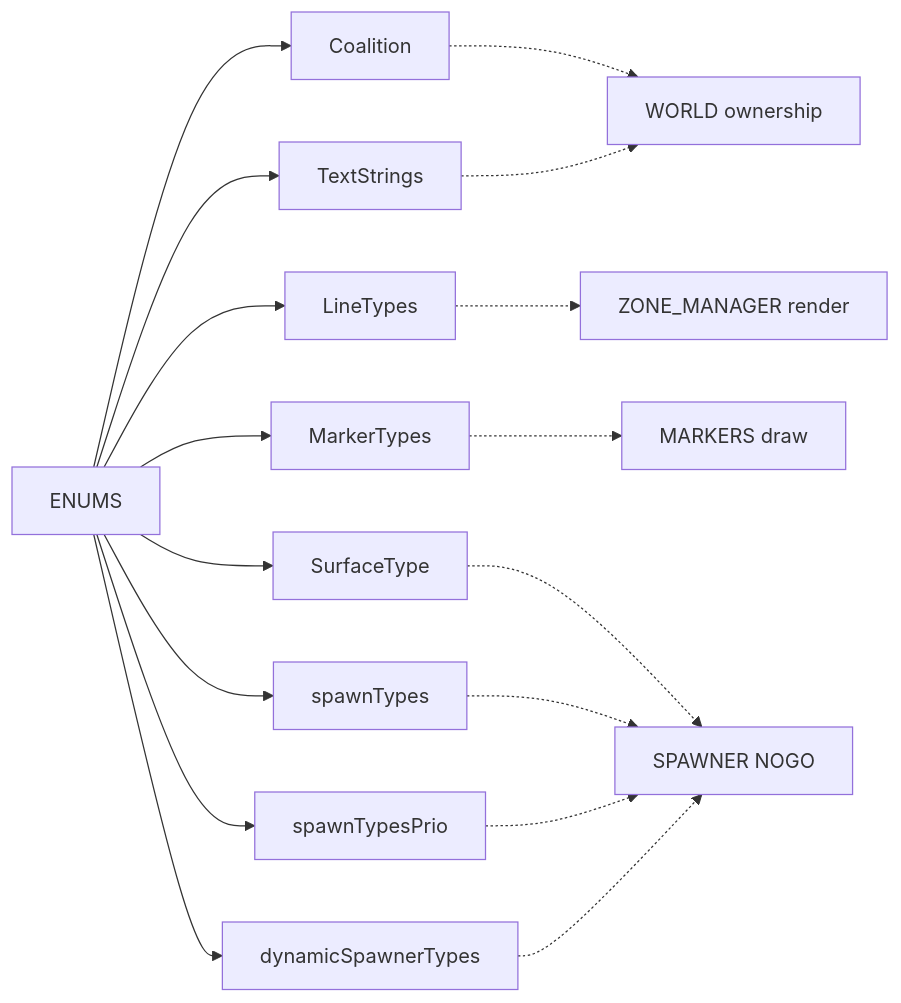
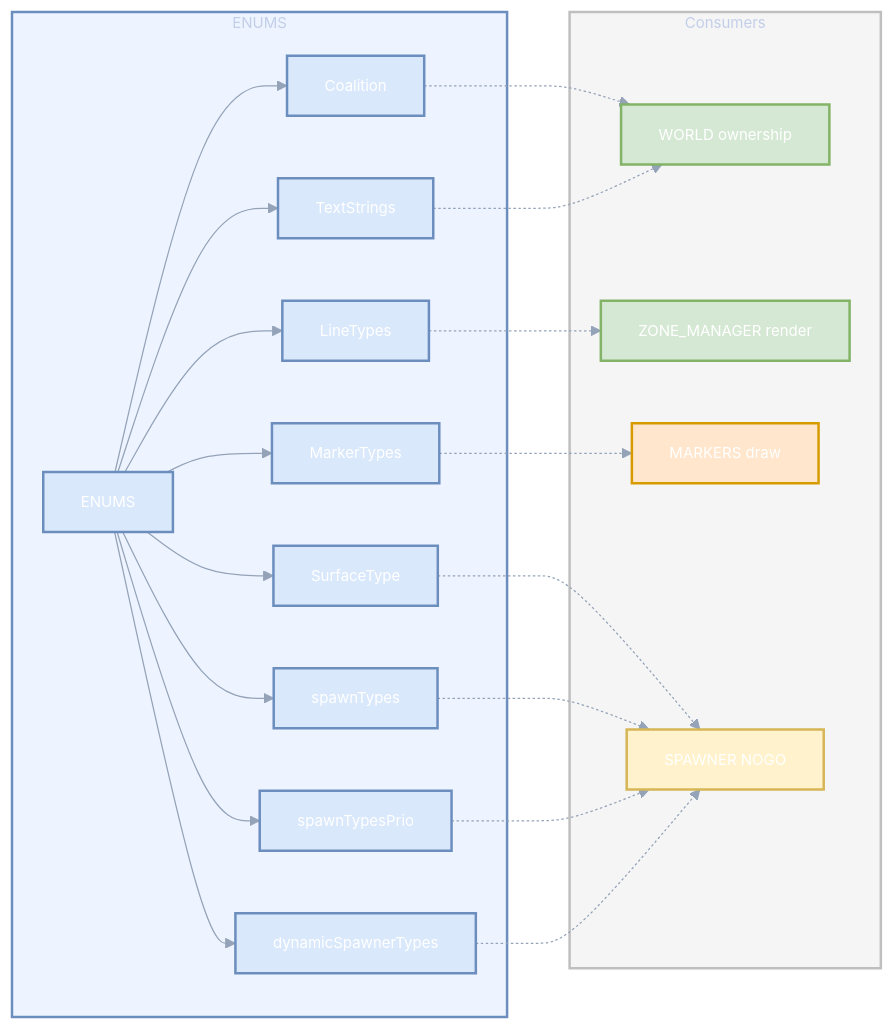
Before and after one commit to Gh0st352/AETHR: the third of 3 diagrams in docs/enums/README.md, drawn with Mermaid. The commit also changed other lines of this file and 7 other files, not shown here.

First line of the commit message:
docs(enums): add structured mermaid styling and subgraphs

````diff
--- a/docs/enums/README.md
+++ b/docs/enums/README.md
@@ -90,20 +153,62 @@
 ```mermaid
+%%{init: {"theme":"base", "themeVariables":{"primaryColor":"#0f172a","primaryTextColor":"#ffffff","lineColor":"#94a3b8","fontSize":"12px"}}}%%
 flowchart LR
-  EN[ENUMS] --> CO[Coalition]
-  EN --> TS[TextStrings]
-  EN --> LT[LineTypes]
-  EN --> MT[MarkerTypes]
-  EN --> ST[SurfaceType]
-  EN --> SP[spawnTypes]
-  EN --> SPQ[spawnTypesPrio]
-  EN --> DST[dynamicSpawnerTypes]
 
-  CO -.-> W[WORLD ownership]
-  TS -.-> W
-  LT -.-> ZM[ZONE_MANAGER render]
-  MT -.-> MK[MARKERS draw]
-  ST -.-> SPNR[SPAWNER NOGO]
-  SP -.-> SPNR
-  SPQ -.-> SPNR
-  DST -.-> SPNR
+%% Classes
+classDef enums fill:#dae8fc,stroke:#6c8ebf,stroke-width:2px;
+classDef world fill:#d5e8d4,stroke:#82b366,stroke-width:2px;
+classDef zm fill:#d5e8d4,stroke:#82b366,stroke-width:2px;
+classDef spawner fill:#fff2cc,stroke:#d6b656,stroke-width:2px;
+classDef markers fill:#ffe6cc,stroke:#d79b00,stroke-width:2px;
+
+%% ENUMS
+subgraph sgEN [ENUMS]
+  EN[ENUMS]
+  CO[Coalition]
+  TS[TextStrings]
+  LT[LineTypes]
+  MT[MarkerTypes]
+  ST[SurfaceType]
+  SP[spawnTypes]
+  SPQ[spawnTypesPrio]
+  DST[dynamicSpawnerTypes]
+end
+
+%% Consumers
+subgraph sgC [Consumers]
+  W[WORLD ownership]
+  ZM[ZONE_MANAGER render]
+  MK[MARKERS draw]
+  SPNR[SPAWNER NOGO]
+end
+
+%% Edges
+EN --> CO
+EN --> TS
+EN --> LT
+EN --> MT
+EN --> ST
+EN --> SP
+EN --> SPQ
+EN --> DST
+
+CO -.-> W
+TS -.-> W
+LT -.-> ZM
+MT -.-> MK
+ST -.-> SPNR
+SP -.-> SPNR
+SPQ -.-> SPNR
+DST -.-> SPNR
+
+%% Class applications
+class EN,CO,TS,LT,MT,ST,SP,SPQ,DST enums
+class W world
+class ZM zm
+class SPNR spawner
+class MK markers
+
+%% Styles
+style sgEN fill:#eef4ff,stroke:#6c8ebf,stroke-width:2px
+style sgC fill:#f5f5f5,stroke:#bfbfbf,stroke-width:2px
 ```
````
